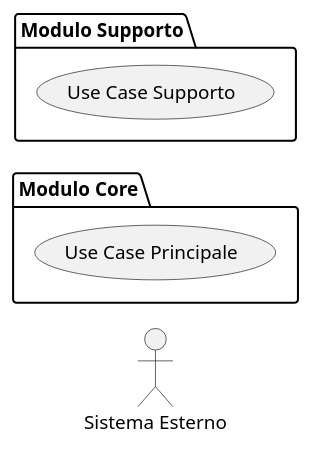
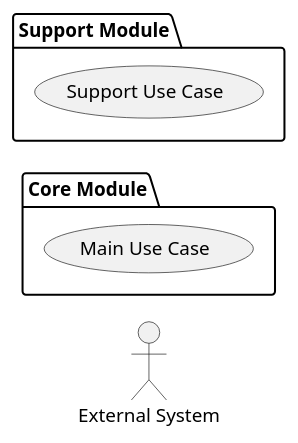
Before and after one commit to Seniorsimo/sas-template: diagram 18 of 21 in 03-behavioral-diagrams/use-case-diagrams/README.md, drawn with PlantUML. The commit also changed other lines of this file and 49 other files, not shown here.

````diff
--- a/03-behavioral-diagrams/use-case-diagrams/README.md
+++ b/03-behavioral-diagrams/use-case-diagrams/README.md
@@ -277,16 +277,16 @@
 ```plantuml
-' Attori primari a sinistra
+' Primary actors on the left
 left to right direction
 
-' Attori secondari a destra  
-actor "Sistema Esterno" as Ext
+' Secondary actors on the right
+actor "External System" as Ext
 
-' Raggruppamento logico
-package "Modulo Core" as Core {
-  usecase "Use Case Principale" as Main
+' Logical grouping
+package "Core Module" as Core {
+  usecase "Main Use Case" as Main
 }
 
-package "Modulo Supporto" as Support {
-  usecase "Use Case Supporto" as Help
+package "Support Module" as Support {
+  usecase "Support Use Case" as Help
 }
 ```
````
